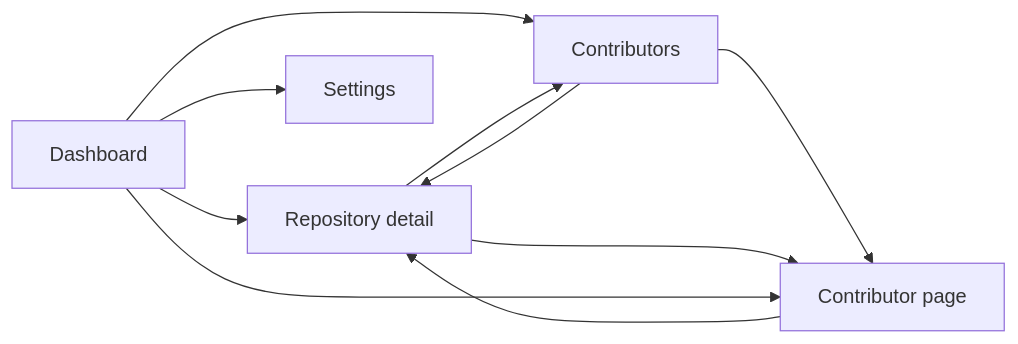
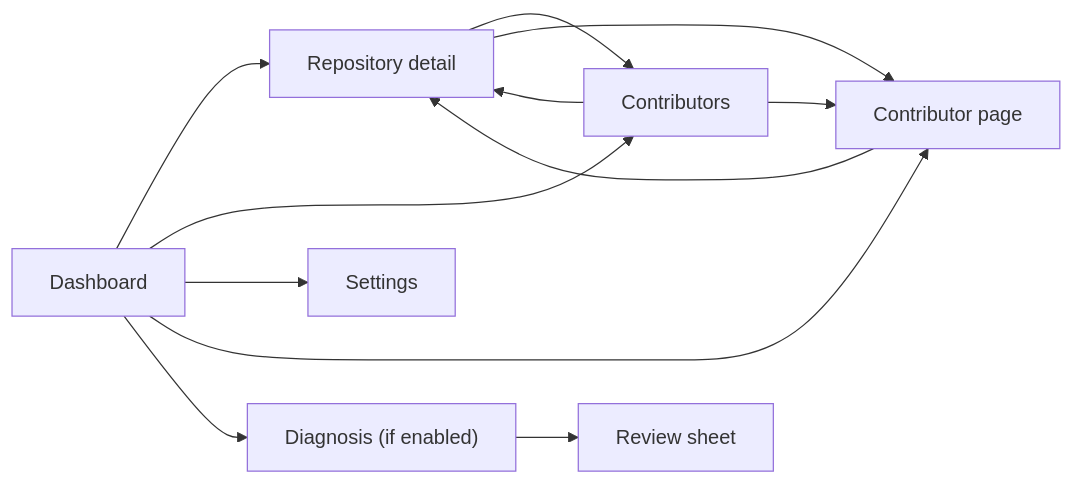
Before and after one commit to studoo-app/watchoo: the diagram in documentation/en/06-web-interface.md, drawn with Mermaid. The commit also changed other lines of this file and 44 other files, not shown here.

````diff
--- a/documentation/en/06-web-interface.md
+++ b/documentation/en/06-web-interface.md
@@ -384,12 +406,14 @@
 ```mermaid
 flowchart LR
     DASH["Dashboard"] --> REPO["Repository detail"]
     DASH --> CONTRIB["Contributors"]
     DASH --> SET["Settings"]
     REPO --> CONTRIB
     CONTRIB --> REPO
     CONTRIB --> PERSON["Contributor page"]
     REPO --> PERSON
     DASH --> PERSON
     PERSON --> REPO
+    DASH --> DIAG["Diagnosis (if enabled)"]
+    DIAG --> LEAD["Review sheet"]
 ```
````
